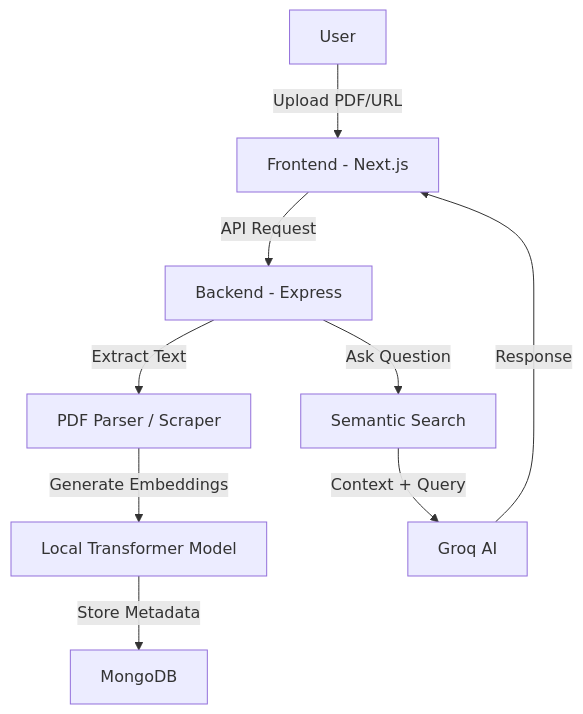
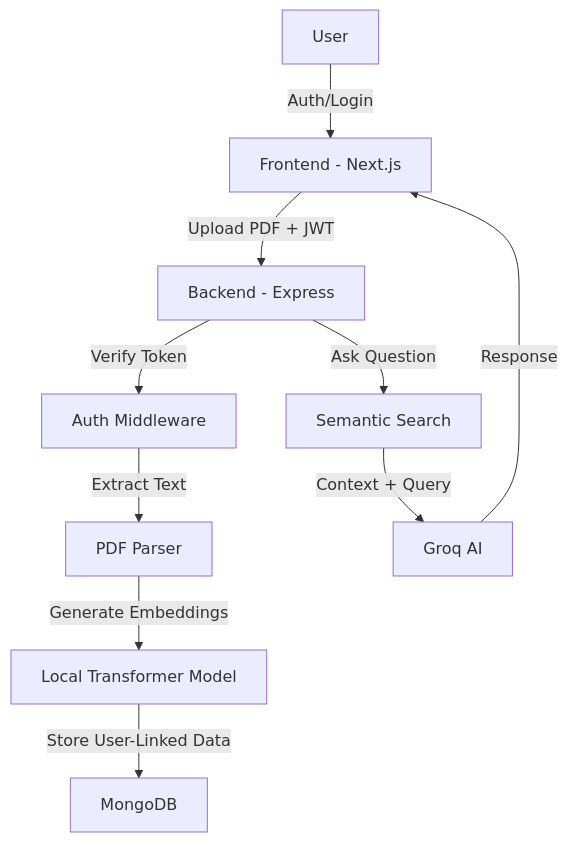
One commit to bhavish-codes/Ask-Dock-AI changed the diagram in README.md. Above: the diagram before and after it, drawn with Mermaid. The commit also changed other lines of this file and 16 other files, not shown here.

Commit message:
feat: implement user-based access control, JWT authentication, and secure RAG isolation

````diff
--- a/README.md
+++ b/README.md
@@ -23,11 +23,12 @@
 ```mermaid
 graph TD
-    A[User] -->|Upload PDF/URL| B[Frontend - Next.js]
-    B -->|API Request| C[Backend - Express]
-    C -->|Extract Text| D[PDF Parser / Scraper]
-    D -->|Generate Embeddings| E[Local Transformer Model]
-    E -->|Store Metadata| F[MongoDB]
-    C -->|Ask Question| G[Semantic Search]
-    G -->|Context + Query| H[Groq AI]
-    H -->|Response| B
+    A[User] -->|Auth/Login| B[Frontend - Next.js]
+    B -->|Upload PDF + JWT| C[Backend - Express]
+    C -->|Verify Token| D[Auth Middleware]
+    D -->|Extract Text| E[PDF Parser]
+    E -->|Generate Embeddings| F[Local Transformer Model]
+    F -->|Store User-Linked Data| G[MongoDB]
+    C -->|Ask Question| H[Semantic Search]
+    H -->|Context + Query| I[Groq AI]
+    I -->|Response| B
 ```
````
